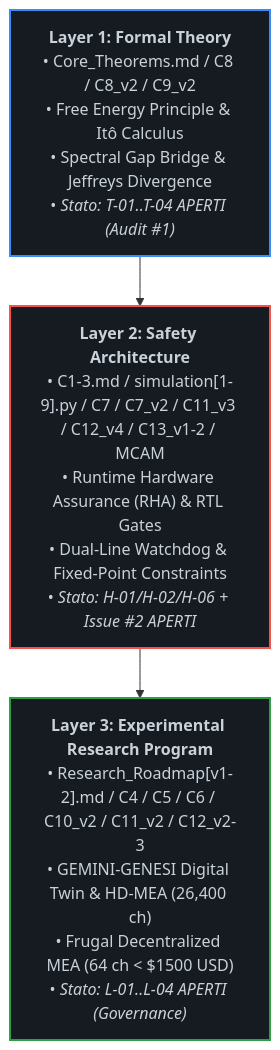
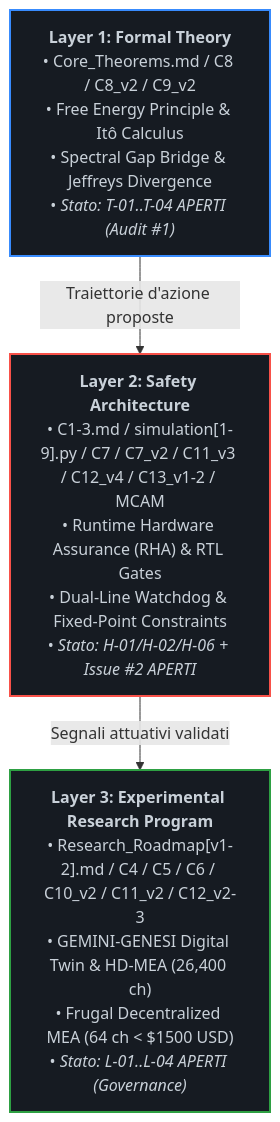
One commit to NagualTolteco/asi-alignment-invariant changed the diagram in readme.md. Above: the diagram before and after it, drawn with Mermaid. The commit also changed other lines of this file, not shown here.

````diff
--- a/readme.md
+++ b/readme.md
@@ -49,13 +47,16 @@
 ```mermaid
 graph TD
+    %% Definizione dei nodi con formattazione HTML compatibile con GitHub Mermaid
     L1["<b>Layer 1: Formal Theory</b><br>• Core_Theorems.md / C8 / C8_v2 / C9_v2<br>• Free Energy Principle & Itô Calculus<br>• Spectral Gap Bridge & Jeffreys Divergence<br>• <i>Stato: T-01..T-04 APERTI (Audit #1)</i>"]
     L2["<b>Layer 2: Safety Architecture</b><br>• C1-3.md / simulation[1-9].py / C7 / C7_v2 / C11_v3 / C12_v4 / C13_v1-2 / MCAM<br>• Runtime Hardware Assurance (RHA) & RTL Gates<br>• Dual-Line Watchdog & Fixed-Point Constraints<br>• <i>Stato: H-01/H-02/H-06 + Issue #2 APERTI</i>"]
     L3["<b>Layer 3: Experimental Research Program</b><br>• Research_Roadmap[v1-2].md / C4 / C5 / C6 / C10_v2 / C11_v2 / C12_v2-3<br>• GEMINI-GENESI Digital Twin & HD-MEA (26,400 ch)<br>• Frugal Decentralized MEA (64 ch < $1500 USD)<br>• <i>Stato: L-01..L-04 APERTI (Governance)</i>"]
 
-    L1 --> L2
-    L2 --> L3
+    %% Flusso unidirezionale dei segnali
+    L1 -->|Traiettorie d'azione proposte| L2
+    L2 -->|Segnali attuativi validati| L3
 
+    %% Stile industriale scuro con bordi tematici (Blu = Teoria, Rosso = Sicurezza/Gate, Verde = Biologia)
     style L1 fill:#161b22,stroke:#388bfd,stroke-width:2px,color:#c9d1d9
     style L2 fill:#161b22,stroke:#f85149,stroke-width:2px,color:#c9d1d9
     style L3 fill:#161b22,stroke:#2ea043,stroke-width:2px,color:#c9d1d9
 ```
````
